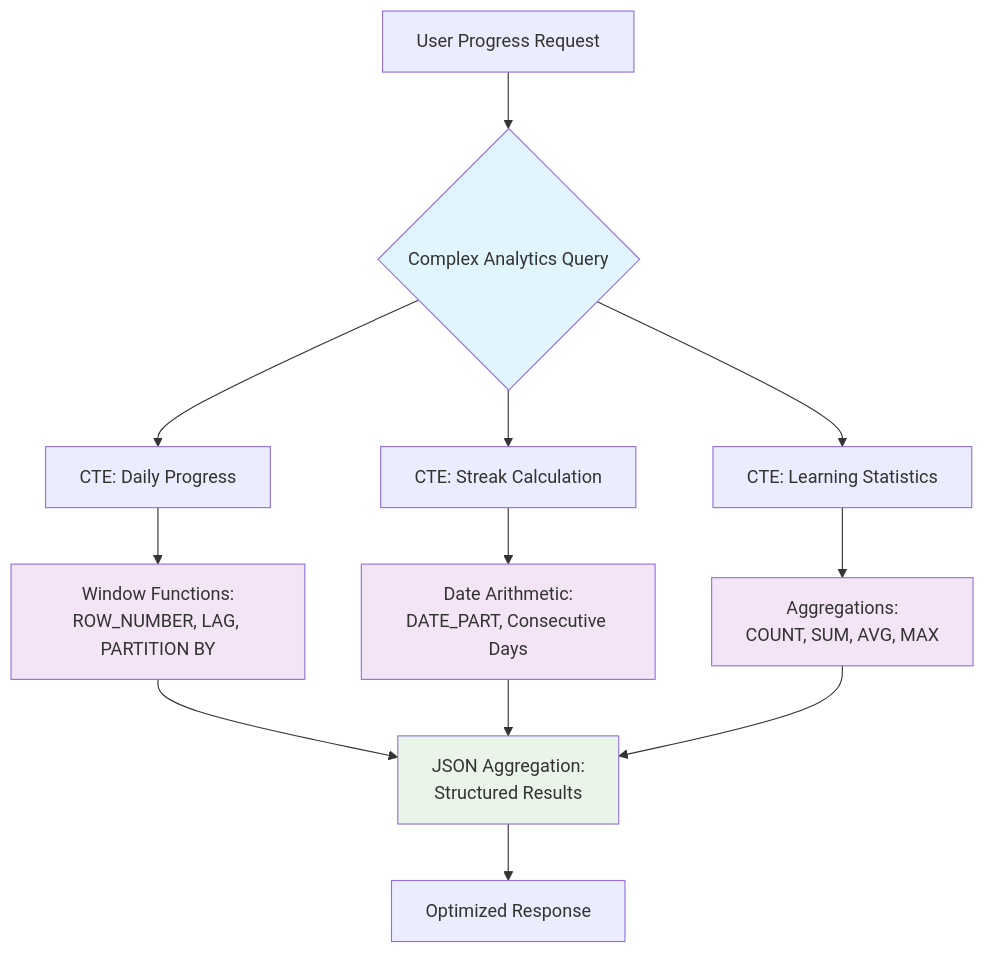
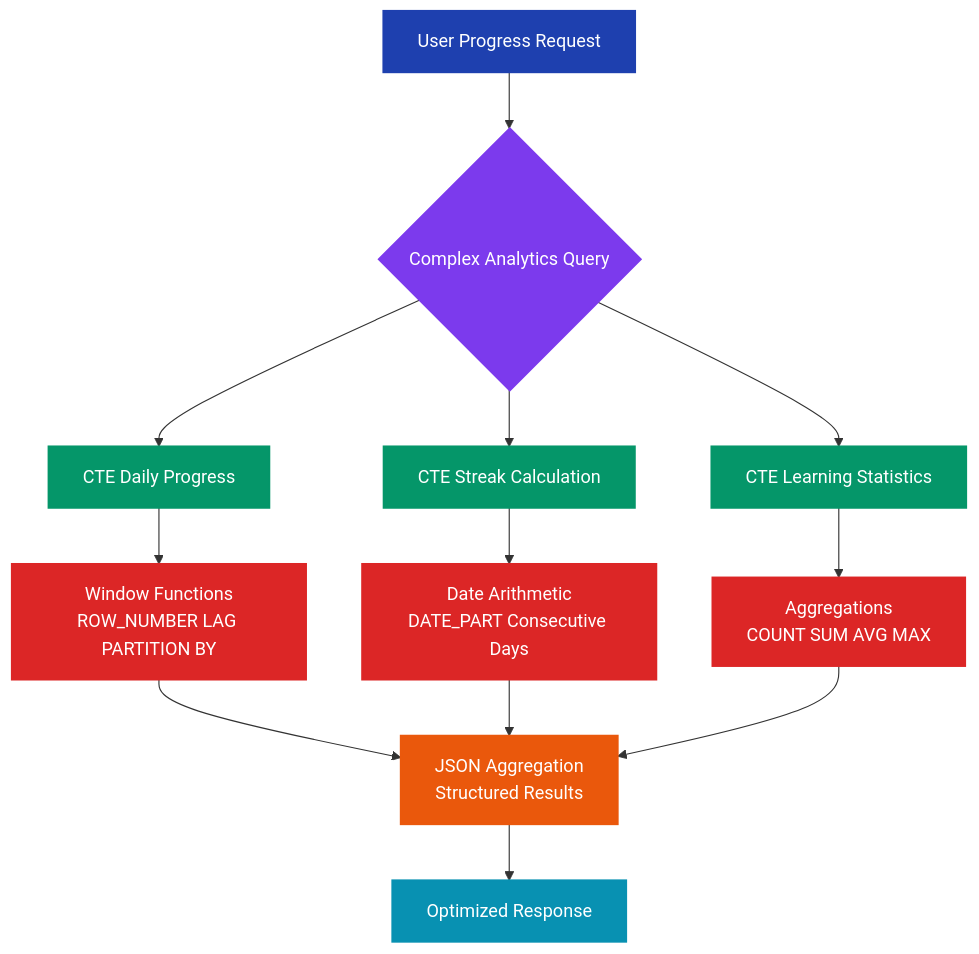
Before and after one commit to Shakhoyat/learning_management_system: the fourth of 8 diagrams in README.md, drawn with Mermaid. The commit also changed other lines of this file, not shown here.

````diff
--- a/README.md
+++ b/README.md
@@ -537,25 +560,30 @@
 ```mermaid
 flowchart TD
     A[User Progress Request] --> B{Complex Analytics Query}
     
-    B --> C[CTE: Daily Progress]
-    C --> D[Window Functions:<br/>ROW_NUMBER, LAG, PARTITION BY]
+    B --> C[CTE Daily Progress]
+    C --> D[Window Functions<br/>ROW_NUMBER LAG PARTITION BY]
     
-    B --> E[CTE: Streak Calculation]
-    E --> F[Date Arithmetic:<br/>DATE_PART, Consecutive Days]
+    B --> E[CTE Streak Calculation]
+    E --> F[Date Arithmetic<br/>DATE_PART Consecutive Days]
     
-    B --> G[CTE: Learning Statistics]
-    G --> H[Aggregations:<br/>COUNT, SUM, AVG, MAX]
+    B --> G[CTE Learning Statistics]
+    G --> H[Aggregations<br/>COUNT SUM AVG MAX]
     
-    D --> I[JSON Aggregation:<br/>Structured Results]
+    D --> I[JSON Aggregation<br/>Structured Results]
     F --> I
     H --> I
     
     I --> J[Optimized Response]
     
-    style B fill:#e1f5fe
-    style D fill:#f3e5f5
-    style F fill:#f3e5f5
-    style H fill:#f3e5f5
-    style I fill:#e8f5e8
+    style A fill:#1e40af,stroke:#1e40af,stroke-width:2px,color:#fff
+    style B fill:#7c3aed,stroke:#7c3aed,stroke-width:2px,color:#fff
+    style C fill:#059669,stroke:#059669,stroke-width:2px,color:#fff
+    style D fill:#dc2626,stroke:#dc2626,stroke-width:2px,color:#fff
+    style E fill:#059669,stroke:#059669,stroke-width:2px,color:#fff
+    style F fill:#dc2626,stroke:#dc2626,stroke-width:2px,color:#fff
+    style G fill:#059669,stroke:#059669,stroke-width:2px,color:#fff
+    style H fill:#dc2626,stroke:#dc2626,stroke-width:2px,color:#fff
+    style I fill:#ea580c,stroke:#ea580c,stroke-width:2px,color:#fff
+    style J fill:#0891b2,stroke:#0891b2,stroke-width:2px,color:#fff
 ```
````
